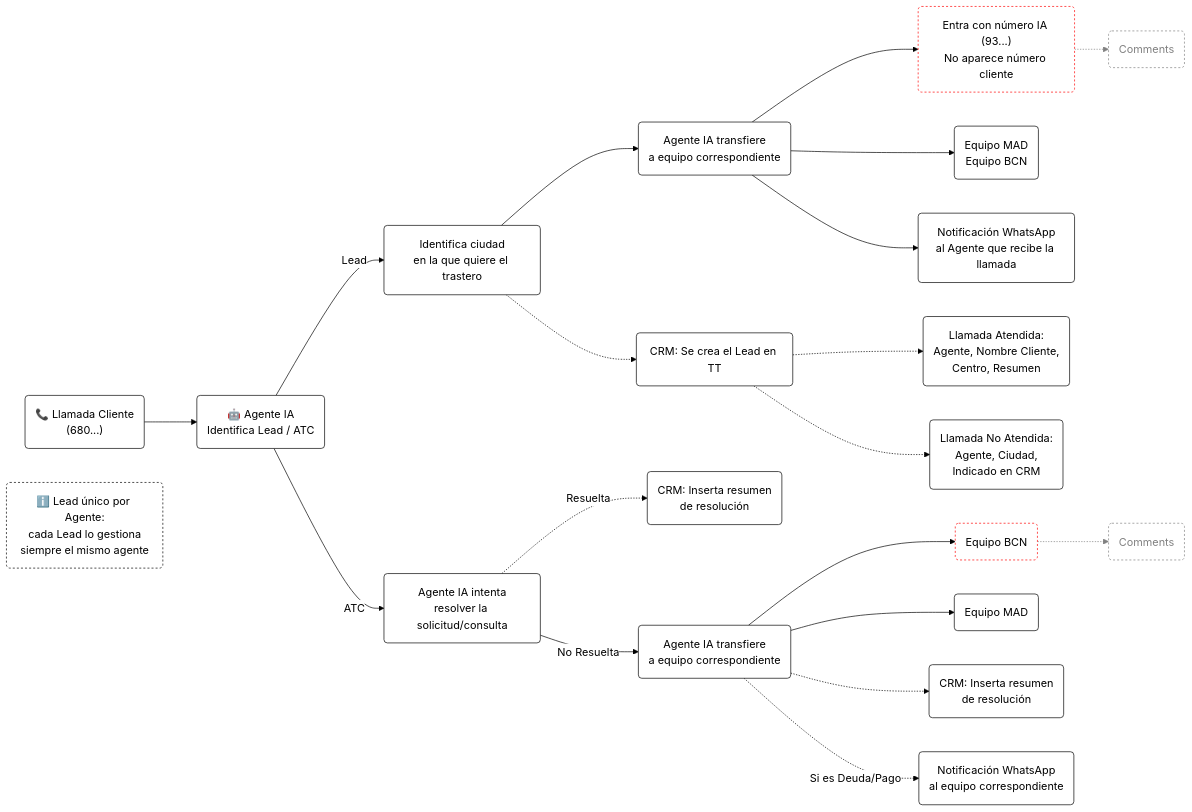
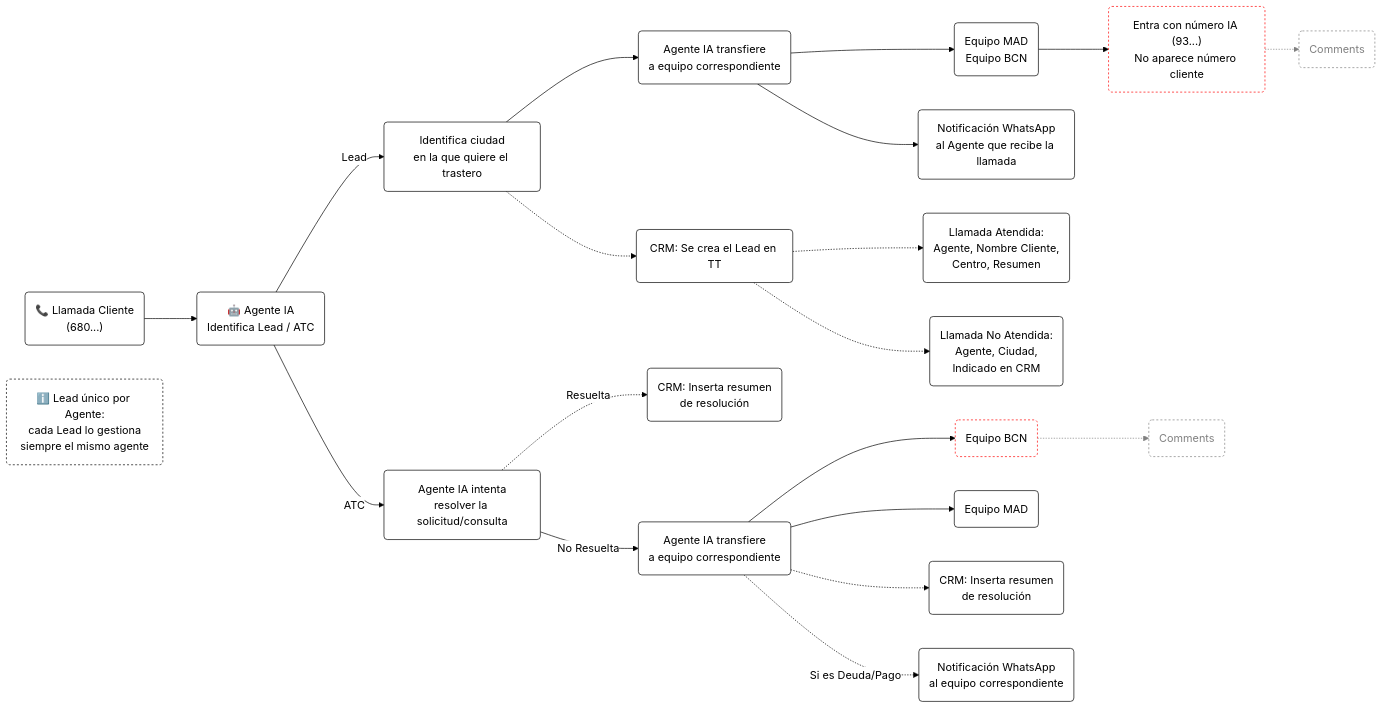
The diagram in flujo_en_horario (1).md (Fblanchete/Agente-IA), drawn with Mermaid before and after one commit.

Commit message:
Update flujo_en_horario (1).md

````diff
--- a/flujo_en_horario (1).md
+++ b/flujo_en_horario (1).md
@@ -3,38 +3,38 @@
 ```mermaid
 %%{init: {'theme': 'base', 'themeVariables': { 'fontFamily': 'Arial', 'background': '#FFFFFF', 'primaryColor': '#FFFFFF', 'primaryBorderColor': '#000000', 'primaryTextColor': '#000000', 'lineColor': '#000000', 'secondaryColor': '#FFFFFF', 'tertiaryColor': '#FFFFFF'}}}%%
 flowchart LR
     A1("📞 Llamada Cliente<br/>(680...)") --> A2("🤖 Agente IA<br/>Identifica Lead / ATC")
 
     A2 -->|Lead| L1("Identifica ciudad<br/>en la que quiere el trastero")
     L1 --> L2("Agente IA transfiere<br/>a equipo correspondiente")
     L1 -.-> CRM1("CRM: Se crea el Lead en TT")
-    L2 --> L3("Entra con número IA (93...)<br/>No aparece número cliente")
+    L4 --> L3("Entra con número IA (93...)<br/>No aparece número cliente")
     L2 --> L4("Equipo MAD<br/>Equipo BCN")
     L2 --> L5("Notificación WhatsApp<br/>al Agente que recibe la llamada")
     CRM1 -.-> LA("Llamada Atendida:<br/>Agente, Nombre Cliente,<br/>Centro, Resumen")
     CRM1 -.-> LNA("Llamada No Atendida:<br/>Agente, Ciudad,<br/>Indicado en CRM")
 
     A2 -->|ATC| T1("Agente IA intenta<br/>resolver la solicitud/consulta")
     T1 -.->|Resuelta| CRM2("CRM: Inserta resumen<br/>de resolución")
     T1 -->|No Resuelta| T2("Agente IA transfiere<br/>a equipo correspondiente")
     T2 --> T3("Equipo BCN")
     T2 --> T4("Equipo MAD")
     T2 -.-> CRM3("CRM: Inserta resumen<br/>de resolución")
     T2 -.->|Si es Deuda/Pago| WA1("Notificación WhatsApp<br/>al equipo correspondiente")
 
     N0("ℹ️ Lead único por Agente:<br/>cada Lead lo gestiona<br/>siempre el mismo agente")
 
     L3 -.-> L3C("Comments")
     T3 -.-> T3C("Comments")
 
     classDef todos fill:#FFFFFF,stroke:#000000,color:#000000
     classDef nota fill:#FFFFFF,stroke:#000000,color:#000000,stroke-dasharray: 3 3
     classDef bcn fill:#FFFFFF,stroke:#FF0000,color:#000000,stroke-dasharray: 3 3
     classDef comment fill:#FFFFFF,stroke:#808080,color:#808080,stroke-dasharray: 3 3
     class A1,A2,L1,L2,L4,L5,LA,LNA,CRM1,CRM2,CRM3,T1,T2,T4,WA1 todos
     class N0 nota
     class L3,T3 bcn
     class L3C,T3C comment
     linkStyle 16 stroke:#808080,stroke-width:1px
     linkStyle 17 stroke:#808080,stroke-width:1px
 ```
````
